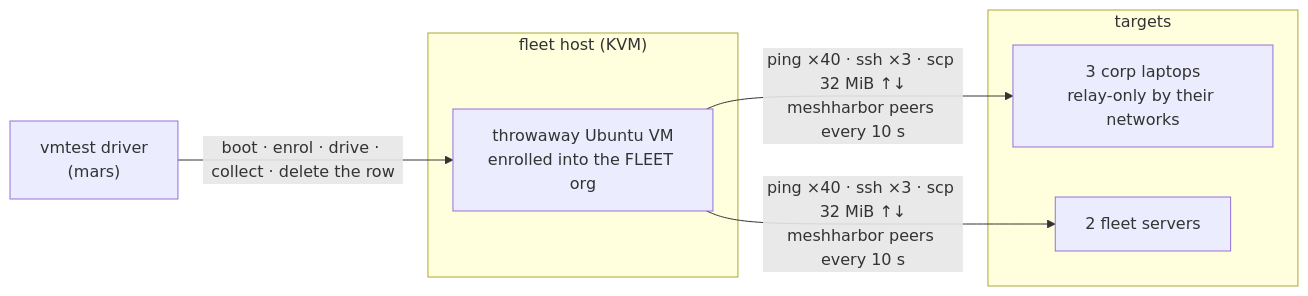
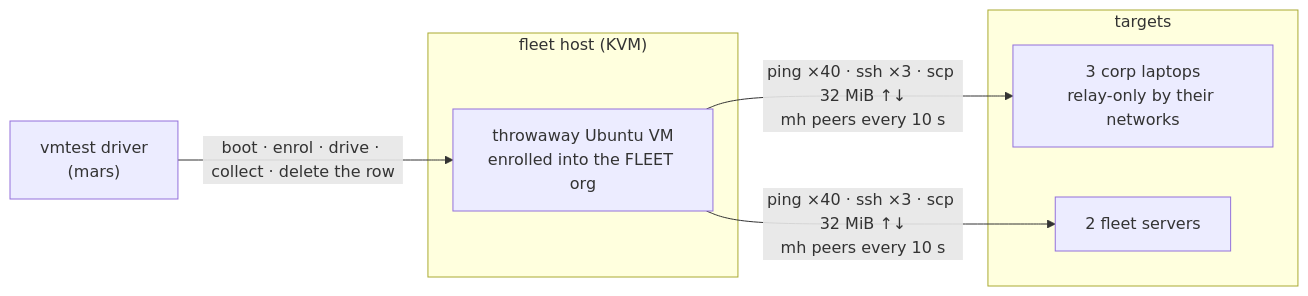
One commit to jk-zhang-meta/MeshHarbor changed the eighth of 8 diagrams in docs/testing.md. Above: the diagram before and after it, drawn with Mermaid. The commit also changed other lines of this file and 323 other files, not shown here.

````diff
--- a/docs/testing.md
+++ b/docs/testing.md
@@ -455,13 +455,13 @@
 ```mermaid
 flowchart LR
     D["vmtest driver<br/>(mars)"]
     subgraph H["fleet host (KVM)"]
         VM["throwaway Ubuntu VM<br/>enrolled into the FLEET org"]
     end
     subgraph T["targets"]
         L["3 corp laptops<br/>relay-only by their networks"]
         S["2 fleet servers"]
     end
     D -- "boot · enrol · drive · collect · delete the row" --> VM
-    VM -- "ping ×40 · ssh ×3 · scp 32 MiB ↑↓<br/>meshharbor peers every 10 s" --> L & S
+    VM -- "ping ×40 · ssh ×3 · scp 32 MiB ↑↓<br/>mh peers every 10 s" --> L & S
 ```
````
